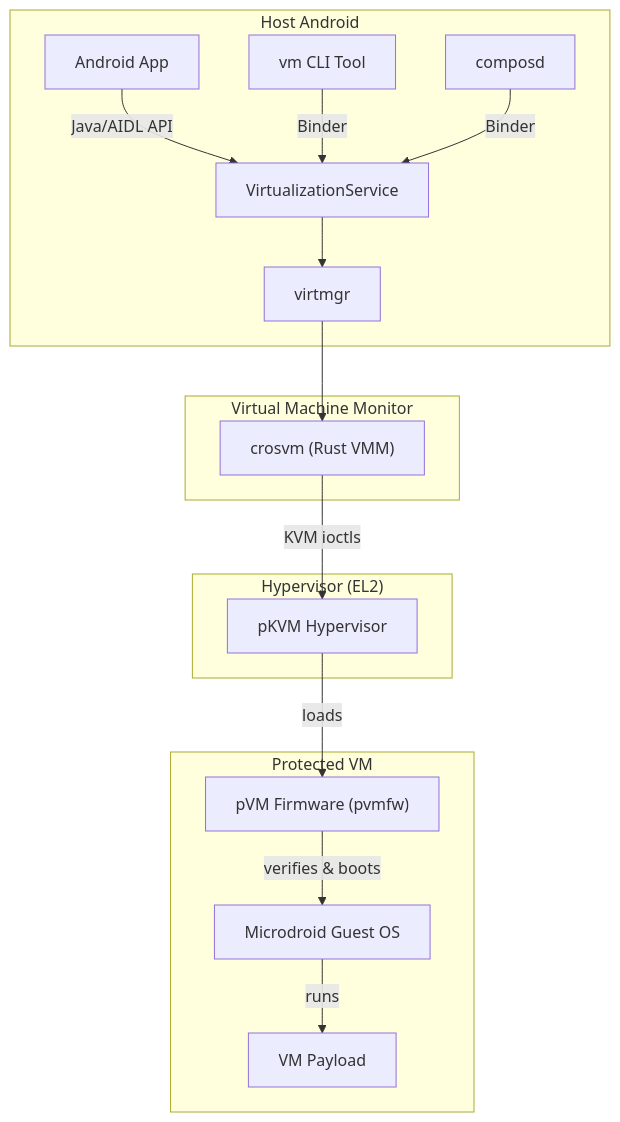
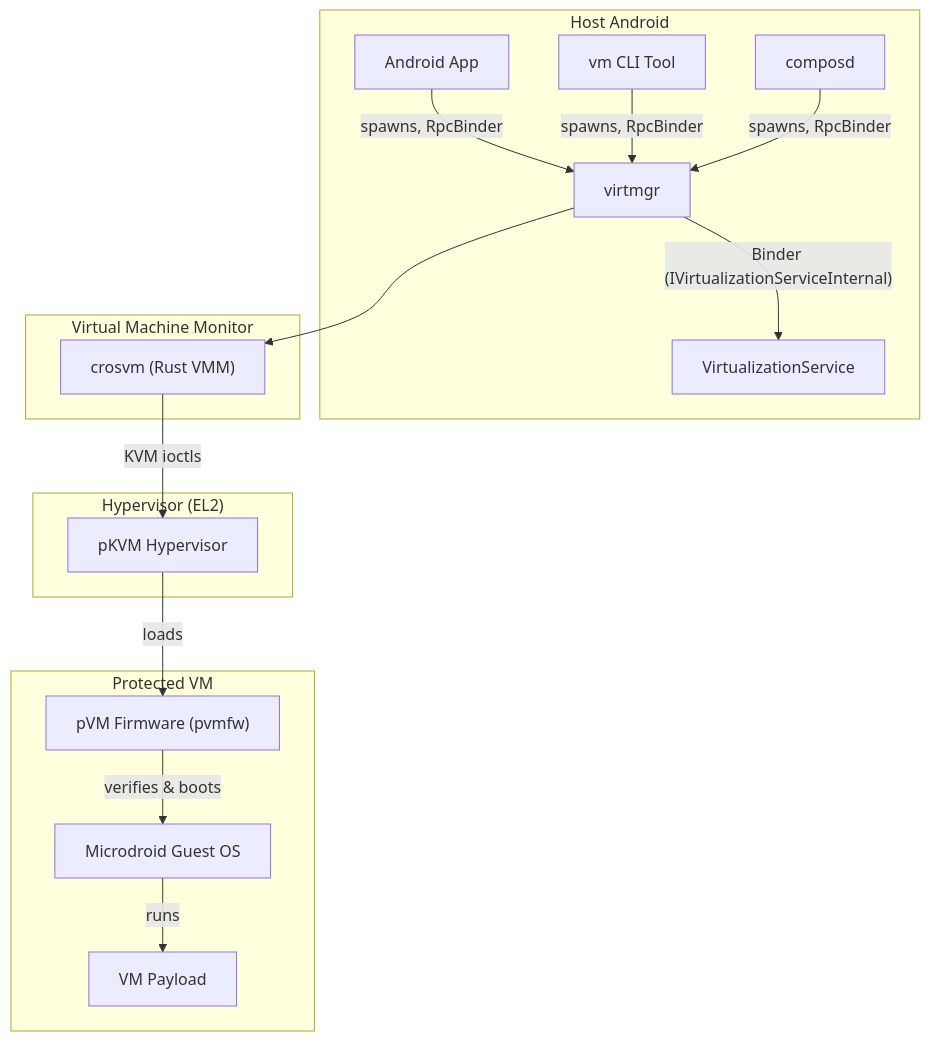
Before and after one commit to aospbooks/aosp-internal-book: the first of 38 diagrams in 56-virtualization.md, drawn with Mermaid. The commit also changed other lines of this file and 218 other files, not shown here.

````diff
--- a/56-virtualization.md
+++ b/56-virtualization.md
@@ -48,34 +48,34 @@
 ```mermaid
 graph TB
     subgraph "Host Android"
         APP["Android App"]
         VS["VirtualizationService"]
         VM_CLI["vm CLI Tool"]
         COMPOSD["composd"]
         VIRTMGR["virtmgr"]
     end
 
     subgraph "Virtual Machine Monitor"
         CROSVM["crosvm (Rust VMM)"]
     end
 
     subgraph "Hypervisor (EL2)"
         PKVM["pKVM Hypervisor"]
     end
 
     subgraph "Protected VM"
         PVMFW["pVM Firmware (pvmfw)"]
         MICRODROID["Microdroid Guest OS"]
         PAYLOAD["VM Payload"]
     end
 
-    APP -->|"Java/AIDL API"| VS
-    VM_CLI -->|"Binder"| VS
-    COMPOSD -->|"Binder"| VS
-    VS --> VIRTMGR
+    APP -->|"spawns, RpcBinder"| VIRTMGR
+    VM_CLI -->|"spawns, RpcBinder"| VIRTMGR
+    COMPOSD -->|"spawns, RpcBinder"| VIRTMGR
+    VIRTMGR -->|"Binder (IVirtualizationServiceInternal)"| VS
     VIRTMGR --> CROSVM
     CROSVM -->|"KVM ioctls"| PKVM
     PKVM -->|"loads"| PVMFW
     PVMFW -->|"verifies & boots"| MICRODROID
     MICRODROID -->|"runs"| PAYLOAD
 ```
````
